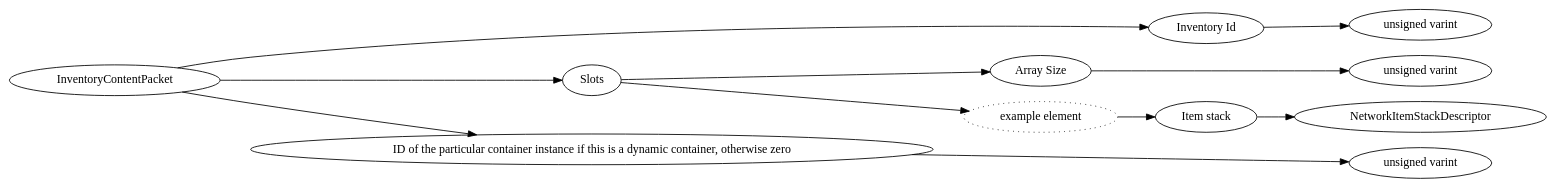
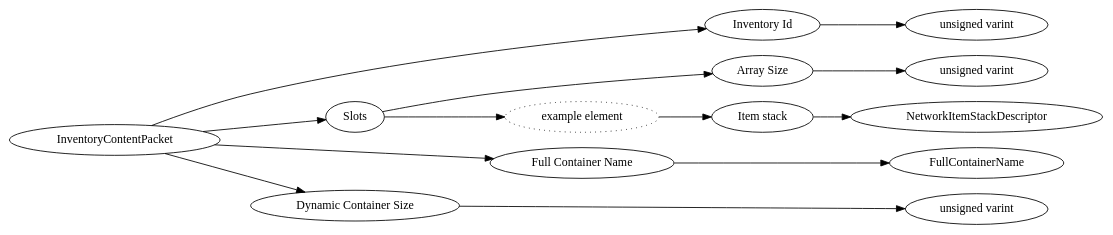
The diagram in dot/InventoryContentPacket.dot (Mojang/bedrock-protocol-docs), drawn with Graphviz before and after one commit. The commit also changed 55 other files, not shown here.

```diff
--- a/dot/InventoryContentPacket.dot
+++ b/dot/InventoryContentPacket.dot
@@ -1,28 +1,32 @@
 digraph "InventoryContentPacket" {
 rankdir = LR
 0
 0 -> 1
 1 -> 2
 0 -> 3
 3 -> 4
 4 -> 5
 3 -> 6
 6 -> 7
 7 -> 8
 0 -> 9
-9 -> 10
+9 -> 18
+0 -> 19
+19 -> 20
 
 0 [label="InventoryContentPacket",comment="name: \"InventoryContentPacket\", typeName: \"\", id: 0, branchId: 49, recurseId: -1, attributes: 0, notes: \"\""];
 1 [label="Inventory Id",comment="name: \"Inventory Id\", typeName: \"\", id: 1, branchId: 0, recurseId: -1, attributes: 0, notes: \"\""];
 2 [label="unsigned varint",comment="name: \"unsigned varint\", typeName: \"\", id: 2, branchId: 0, recurseId: -1, attributes: 512, notes: \"\""];
 3 [label="Slots",comment="name: \"Slots\", typeName: \"\", id: 3, branchId: 0, recurseId: -1, attributes: 8, notes: \"\""];
 4 [label="Array Size",comment="name: \"Array Size\", typeName: \"\", id: 4, branchId: 0, recurseId: -1, attributes: 0, notes: \"\""];
 5 [label="unsigned varint",comment="name: \"unsigned varint\", typeName: \"\", id: 5, branchId: 0, recurseId: -1, attributes: 512, notes: \"\""];
 6 [label="example element",style=dotted,comment="name: \"example element\", typeName: \"\", id: 6, branchId: 0, recurseId: -1, attributes: 16, notes: \"\""];
 7 [label="Item stack",comment="name: \"Item stack\", typeName: \"NetworkItemStackDescriptor\", id: 7, branchId: 0, recurseId: -1, attributes: 256, notes: \"\""];
 8 [label="NetworkItemStackDescriptor",comment="name: \"NetworkItemStackDescriptor\", typeName: \"\", id: 8, branchId: 0, recurseId: -1, attributes: 512, notes: \"\""];
-9 [label="ID of the particular container instance if this is a dynamic container, otherwise zero",comment="name: \"ID of the particular container instance if this is a dynamic container, otherwise zero\", typeName: \"\", id: 9, branchId: 0, recurseId: -1, attributes: 0, notes: \"\""];
-10 [label="unsigned varint",comment="name: \"unsigned varint\", typeName: \"\", id: 10, branchId: 0, recurseId: -1, attributes: 512, notes: \"\""];
-{ rank = max;2;5;8;10}
+9 [label="Full Container Name",comment="name: \"Full Container Name\", typeName: \"FullContainerName\", id: 9, branchId: 0, recurseId: -1, attributes: 256, notes: \"Used to reference a specific container within a given screen container context.\""];
+18 [label="FullContainerName",comment="name: \"FullContainerName\", typeName: \"\", id: 18, branchId: 0, recurseId: -1, attributes: 512, notes: \"\""];
+19 [label="Dynamic Container Size",comment="name: \"Dynamic Container Size\", typeName: \"\", id: 19, branchId: 0, recurseId: -1, attributes: 0, notes: \"Size of the particular container instance if this is a dynamic container, otherwise zero.\""];
+20 [label="unsigned varint",comment="name: \"unsigned varint\", typeName: \"\", id: 20, branchId: 0, recurseId: -1, attributes: 512, notes: \"\""];
+{ rank = max;2;5;8;18;20}
 
 }
```
